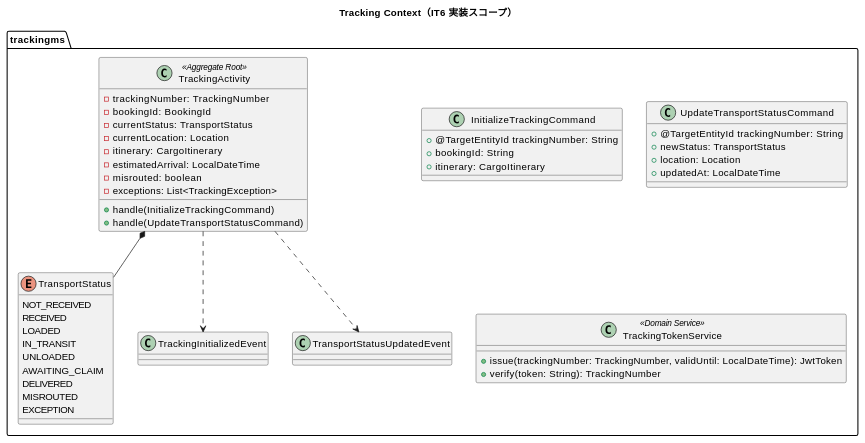
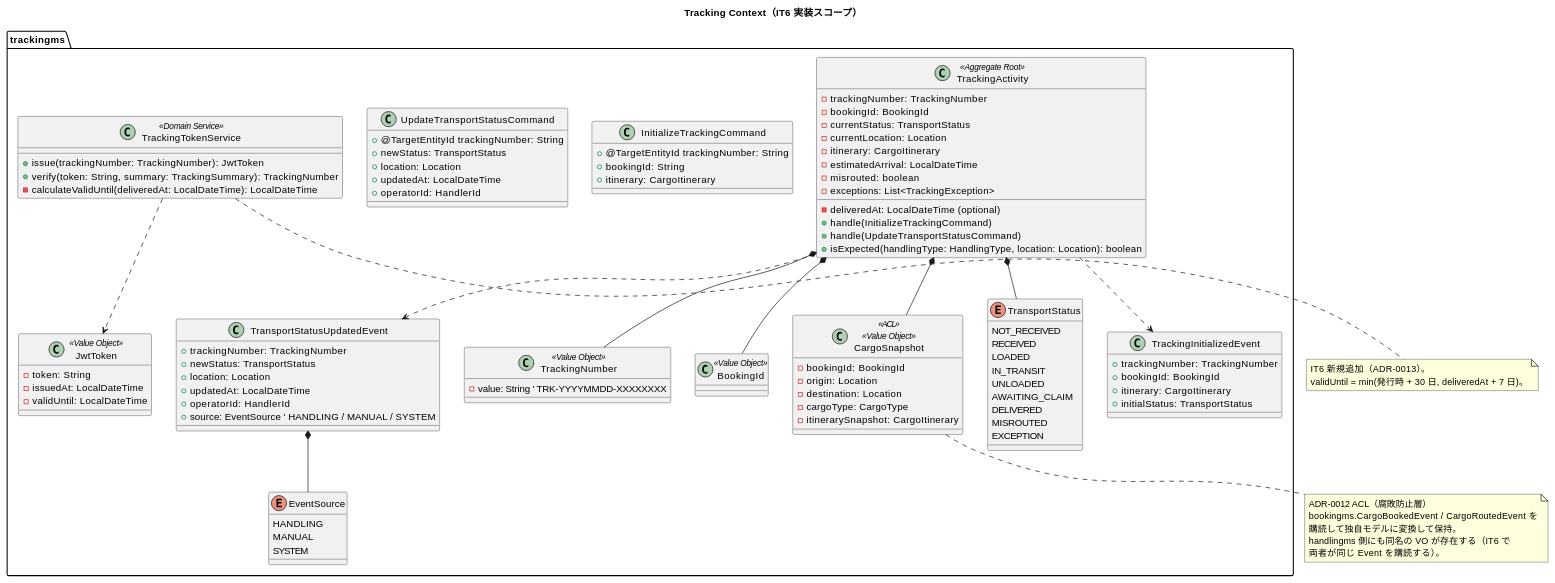
Before and after one commit to k2works/case-study-cargo-tracker: the third of 10 diagrams in docs/development/iteration_plan-6.md, drawn with PlantUML. The commit also changed other lines of this file, not shown here.

````diff
--- a/docs/development/iteration_plan-6.md
+++ b/docs/development/iteration_plan-6.md
@@ -250,10 +250,26 @@
     - currentLocation: Location
     - itinerary: CargoItinerary
     - estimatedArrival: LocalDateTime
+    - deliveredAt: LocalDateTime (optional)
     - misrouted: boolean
     - exceptions: List<TrackingException>
     + handle(InitializeTrackingCommand)
     + handle(UpdateTransportStatusCommand)
+    + isExpected(handlingType: HandlingType, location: Location): boolean
+  }
+
+  class TrackingNumber <<Value Object>> {
+    - value: String  ' TRK-YYYYMMDD-XXXXXXXX
+  }
+
+  class BookingId <<Value Object>>
+
+  class CargoSnapshot <<ACL>> <<Value Object>> {
+    - bookingId: BookingId
+    - origin: Location
+    - destination: Location
+    - cargoType: CargoType
+    - itinerarySnapshot: CargoItinerary
   }
 
   enum TransportStatus {
@@ -279,19 +295,64 @@
     + newStatus: TransportStatus
     + location: Location
     + updatedAt: LocalDateTime
+    + operatorId: HandlerId
   }
 
-  class TrackingInitializedEvent
-  class TransportStatusUpdatedEvent
+  class TrackingInitializedEvent {
+    + trackingNumber: TrackingNumber
+    + bookingId: BookingId
+    + itinerary: CargoItinerary
+    + initialStatus: TransportStatus
+  }
+
+  class TransportStatusUpdatedEvent {
+    + trackingNumber: TrackingNumber
+    + newStatus: TransportStatus
+    + location: Location
+    + updatedAt: LocalDateTime
+    + operatorId: HandlerId
+    + source: EventSource  ' HANDLING / MANUAL / SYSTEM
+  }
 
   class TrackingTokenService <<Domain Service>> {
-    + issue(trackingNumber: TrackingNumber, validUntil: LocalDateTime): JwtToken
-    + verify(token: String): TrackingNumber
+    + issue(trackingNumber: TrackingNumber): JwtToken
+    + verify(token: String, summary: TrackingSummary): TrackingNumber
+    - calculateValidUntil(deliveredAt: LocalDateTime): LocalDateTime
   }
+
+  class JwtToken <<Value Object>> {
+    - token: String
+    - issuedAt: LocalDateTime
+    - validUntil: LocalDateTime
+  }
+
+  enum EventSource {
+    HANDLING
+    MANUAL
+    SYSTEM
+  }
+
+  TrackingActivity *-- TrackingNumber
+  TrackingActivity *-- BookingId
+  TrackingActivity *-- TransportStatus
+  TrackingActivity *-- CargoSnapshot
+  TrackingActivity ..> TrackingInitializedEvent
+  TrackingActivity ..> TransportStatusUpdatedEvent
+  TrackingTokenService ..> JwtToken
+  TransportStatusUpdatedEvent *-- EventSource
 }
 
-TrackingActivity *-- TransportStatus
-TrackingActivity ..> TrackingInitializedEvent
-TrackingActivity ..> TransportStatusUpdatedEvent
+note bottom of CargoSnapshot
+  ADR-0012 ACL（腐敗防止層）
+  bookingms.CargoBookedEvent / CargoRoutedEvent を
+  購読して独自モデルに変換して保持。
+  handlingms 側にも同名の VO が存在する（IT6 で
+  両者が同じ Event を購読する）。
+end note
+
+note bottom of TrackingTokenService
+  IT6 新規追加（ADR-0013）。
+  validUntil = min(発行時 + 30 日, deliveredAt + 7 日)。
+end note
 @enduml
 ```
````
